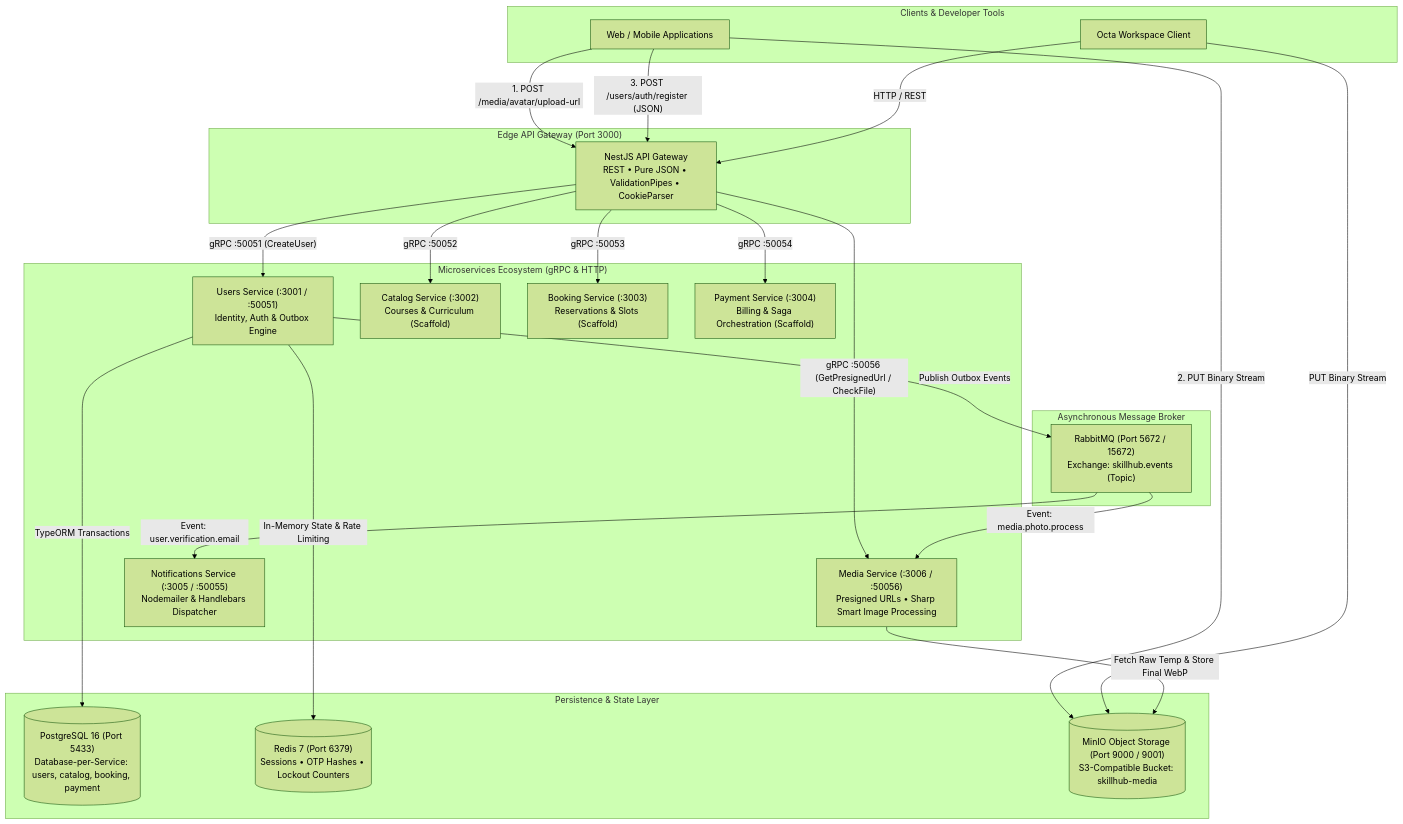
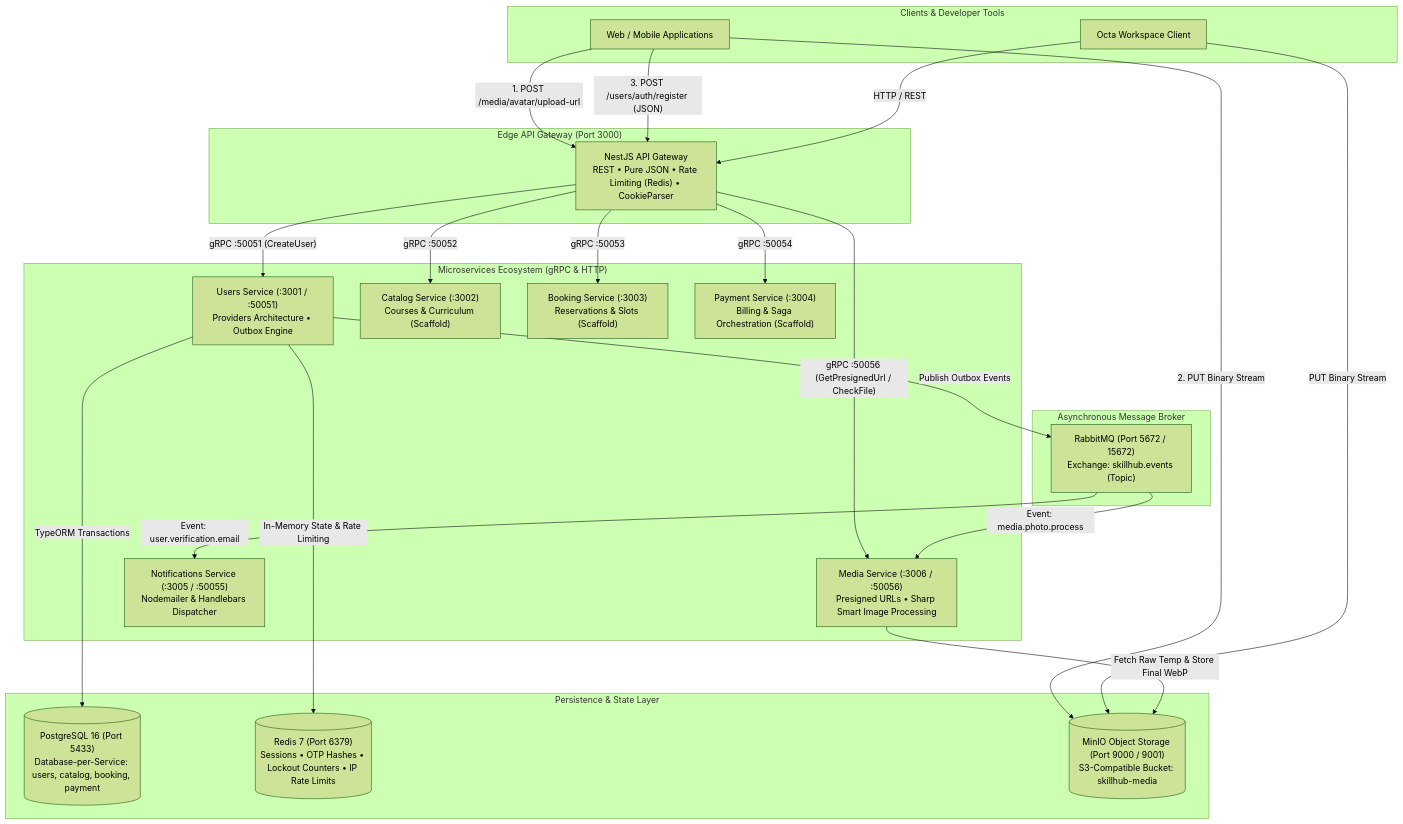
Before and after one commit to moaazsaadawydev-lab/SkillUp: the diagram in README.md, drawn with Mermaid (forest theme). The commit also changed other lines of this file and 28 other files, not shown here.

First line of the commit message:
feat(api-gateway, users, media): Implement IP rate limiting and modular providers

````diff
--- a/README.md
+++ b/README.md
@@ -29,56 +29,56 @@
 ```mermaid
 flowchart TB
     subgraph ClientLayer ["Clients & Developer Tools"]
         Client["Web / Mobile Applications"]
         Octa["Octa Workspace Client"]
     end
 
     subgraph GatewayLayer ["Edge API Gateway (Port 3000)"]
-        Gateway["NestJS API Gateway<br/>REST • Pure JSON • ValidationPipes • CookieParser"]
+        Gateway["NestJS API Gateway<br/>REST • Pure JSON • Rate Limiting (Redis) • CookieParser"]
     end
 
     subgraph ServiceLayer ["Microservices Ecosystem (gRPC & HTTP)"]
-        UsersSvc["Users Service (:3001 / :50051)<br/>Identity, Auth & Outbox Engine"]
+        UsersSvc["Users Service (:3001 / :50051)<br/>Providers Architecture • Outbox Engine"]
         MediaSvc["Media Service (:3006 / :50056)<br/>Presigned URLs • Sharp Smart Image Processing"]
         NotifSvc["Notifications Service (:3005 / :50055)<br/>Nodemailer & Handlebars Dispatcher"]
         CatalogSvc["Catalog Service (:3002)<br/>Courses & Curriculum (Scaffold)"]
         BookingSvc["Booking Service (:3003)<br/>Reservations & Slots (Scaffold)"]
         PaymentSvc["Payment Service (:3004)<br/>Billing & Saga Orchestration (Scaffold)"]
     end
 
     subgraph BrokerLayer ["Asynchronous Message Broker"]
         RabbitMQ["RabbitMQ (Port 5672 / 15672)<br/>Exchange: skillhub.events (Topic)"]
     end
 
     subgraph DataLayer ["Persistence & State Layer"]
         Postgres[("PostgreSQL 16 (Port 5433)<br/>Database-per-Service: users, catalog, booking, payment")]
-        Redis[("Redis 7 (Port 6379)<br/>Sessions • OTP Hashes • Lockout Counters")]
+        Redis[("Redis 7 (Port 6379)<br/>Sessions • OTP Hashes • Lockout Counters • IP Rate Limits")]
         MinIO[("MinIO Object Storage (Port 9000 / 9001)<br/>S3-Compatible Bucket: skillhub-media")]
     end
 
     %% Client Traffic
     Client -->|"1. POST /media/avatar/upload-url"| Gateway
     Client -->|"2. PUT Binary Stream"| MinIO
     Client -->|"3. POST /users/auth/register (JSON)"| Gateway
     Octa -->|"HTTP / REST"| Gateway
     Octa -->|"PUT Binary Stream"| MinIO
 
     %% Gateway Routing
     Gateway -->|"gRPC :50056 (GetPresignedUrl / CheckFile)"| MediaSvc
     Gateway -->|"gRPC :50051 (CreateUser)"| UsersSvc
     Gateway -->|"gRPC :50052"| CatalogSvc
     Gateway -->|"gRPC :50053"| BookingSvc
     Gateway -->|"gRPC :50054"| PaymentSvc
 
     %% Users Service Interactions
     UsersSvc -->|"TypeORM Transactions"| Postgres
     UsersSvc -->|"In-Memory State & Rate Limiting"| Redis
     UsersSvc -->|"Publish Outbox Events"| RabbitMQ
 
     %% Async Consumers
     RabbitMQ -->|"Event: media.photo.process"| MediaSvc
     RabbitMQ -->|"Event: user.verification.email"| NotifSvc
 
     %% Media Processing
     MediaSvc -->|"Fetch Raw Temp & Store Final WebP"| MinIO
 ```
````
